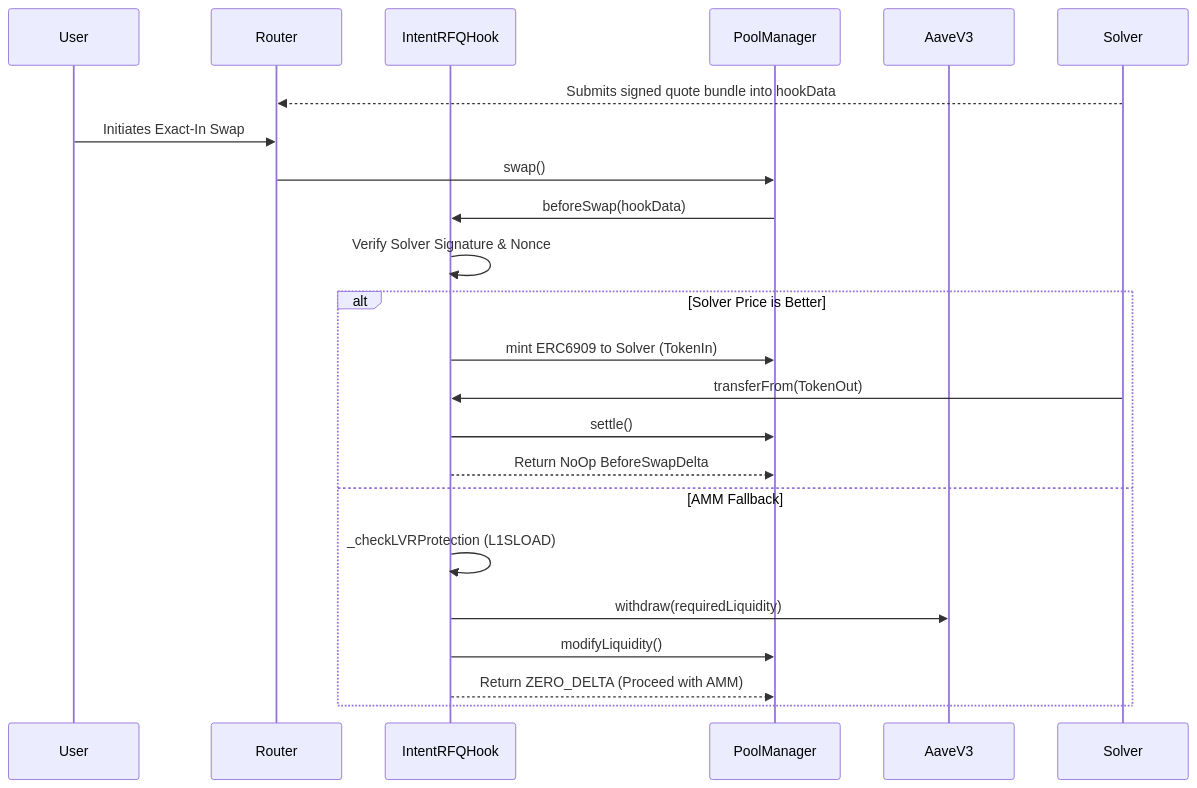
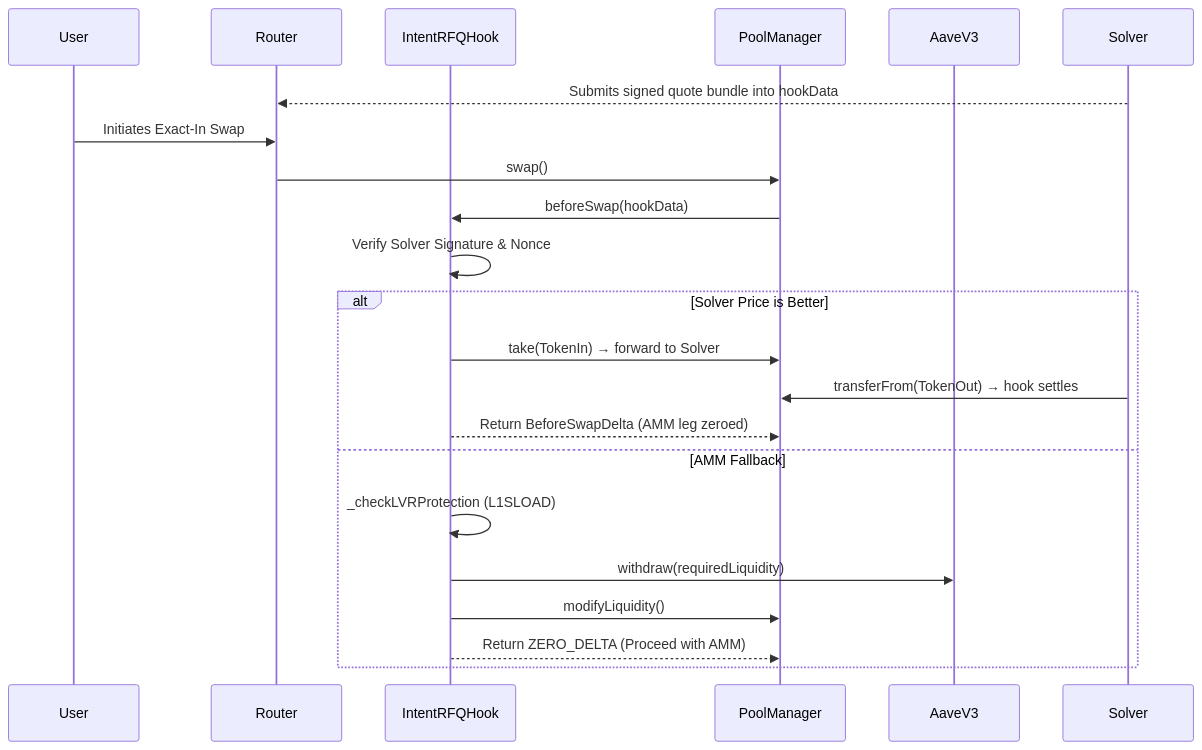
One commit to sublimestate/swap-RFQ changed the diagram in README.md. Above: the diagram before and after it, drawn with Mermaid. The commit also changed other lines of this file and 4 other files, not shown here.

````diff
--- a/README.md
+++ b/README.md
@@ -23,28 +23,27 @@
 ```mermaid
 sequenceDiagram
     participant User
     participant Router
     participant IntentRFQHook
     participant PoolManager
     participant AaveV3
     participant Solver
 
     Solver-->>Router: Submits signed quote bundle into hookData
     User->>Router: Initiates Exact-In Swap
     Router->>PoolManager: swap()
     PoolManager->>IntentRFQHook: beforeSwap(hookData)
     
     IntentRFQHook->>IntentRFQHook: Verify Solver Signature & Nonce
     
     alt Solver Price is Better
-        IntentRFQHook->>PoolManager: mint ERC6909 to Solver (TokenIn)
-        Solver->>IntentRFQHook: transferFrom(TokenOut)
-        IntentRFQHook->>PoolManager: settle()
-        IntentRFQHook-->>PoolManager: Return NoOp BeforeSwapDelta
+        IntentRFQHook->>PoolManager: take(TokenIn) → forward to Solver
+        Solver->>PoolManager: transferFrom(TokenOut) → hook settles
+        IntentRFQHook-->>PoolManager: Return BeforeSwapDelta (AMM leg zeroed)
     else AMM Fallback
         IntentRFQHook->>IntentRFQHook: _checkLVRProtection (L1SLOAD)
         IntentRFQHook->>AaveV3: withdraw(requiredLiquidity)
         IntentRFQHook->>PoolManager: modifyLiquidity()
         IntentRFQHook-->>PoolManager: Return ZERO_DELTA (Proceed with AMM)
     end
 ```
````
